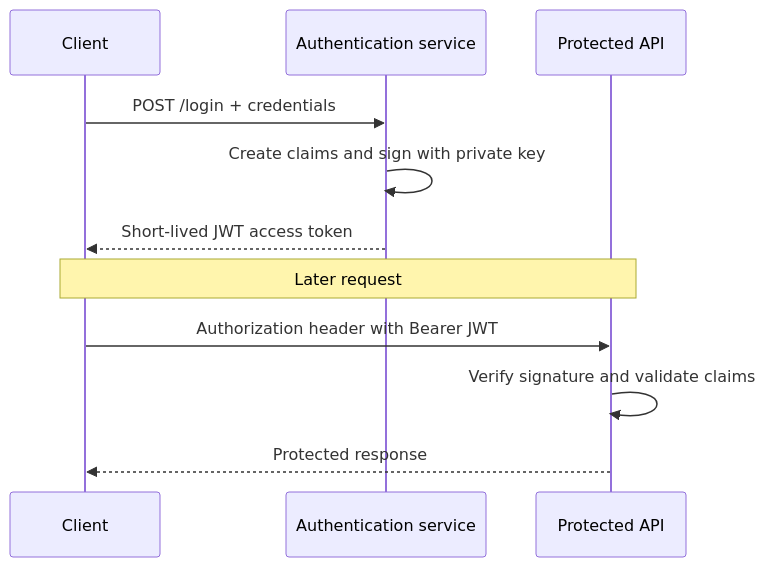
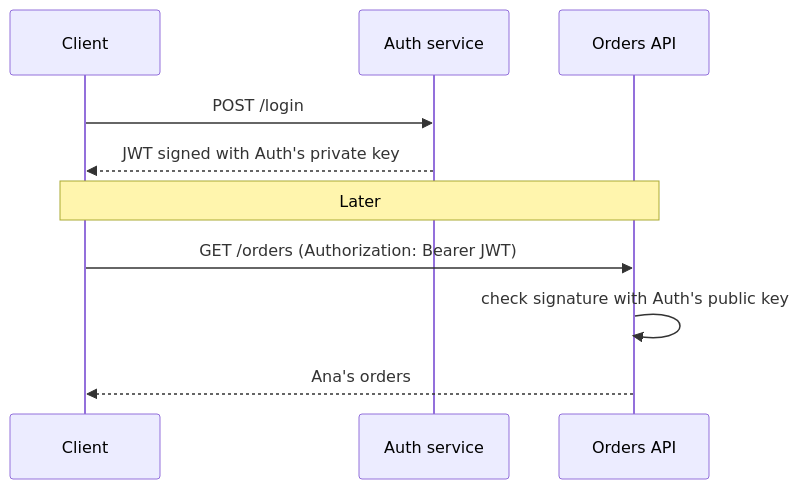
The second of 2 diagrams in api-design/authentication.md (alanqi03/sys-design), drawn with Mermaid before and after one commit. The commit also changed other lines of this file and 5 other files, not shown here.

````diff
--- a/api-design/authentication.md
+++ b/api-design/authentication.md
@@ -58,14 +49,13 @@
 ```{mermaid}
 sequenceDiagram
   participant C as Client
-  participant A as Authentication service
-  participant P as Protected API
+  participant Auth as Auth service
+  participant API as Orders API
 
-  C->>A: POST /login + credentials
-  A->>A: Create claims and sign with private key
-  A-->>C: Short-lived JWT access token
-  Note over C,P: Later request
-  C->>P: Authorization header with Bearer JWT
-  P->>P: Verify signature and validate claims
-  P-->>C: Protected response
+  C->>Auth: POST /login
+  Auth-->>C: JWT signed with Auth's private key
+  Note over C,API: Later
+  C->>API: GET /orders (Authorization: Bearer JWT)
+  API->>API: check signature with Auth's public key
+  API-->>C: Ana's orders
 ```
````
